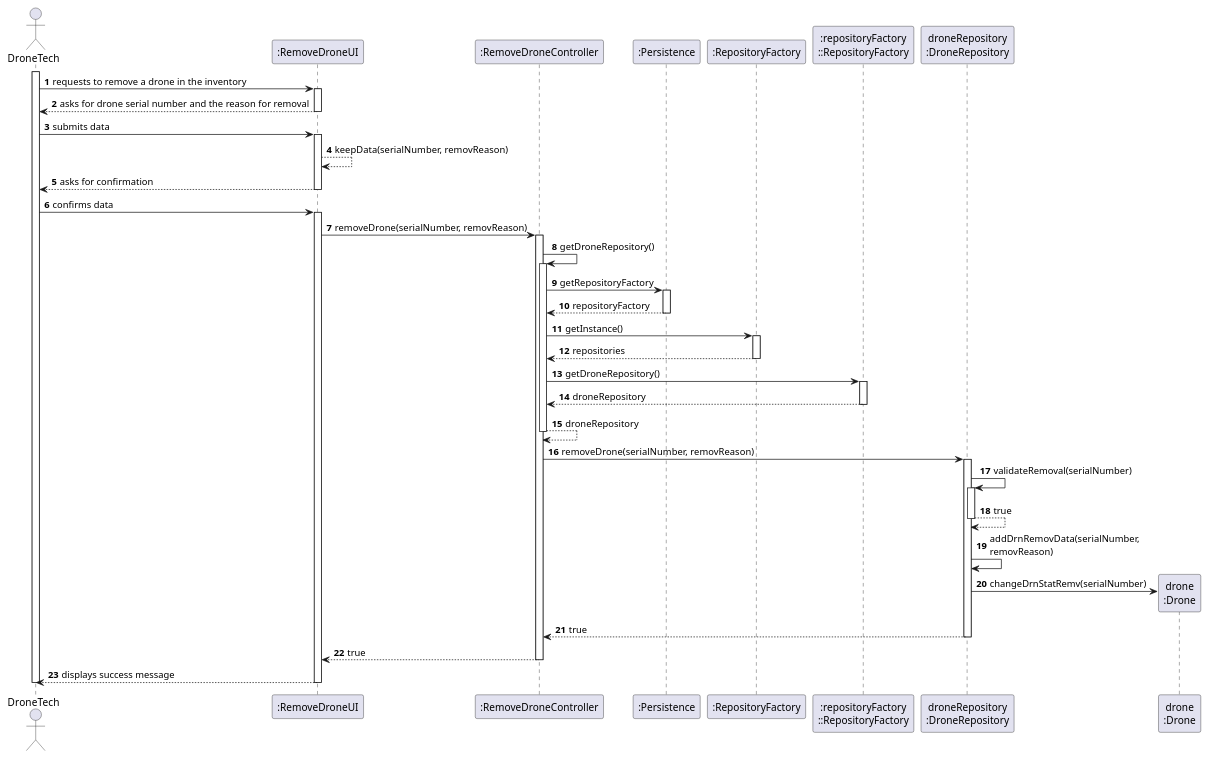
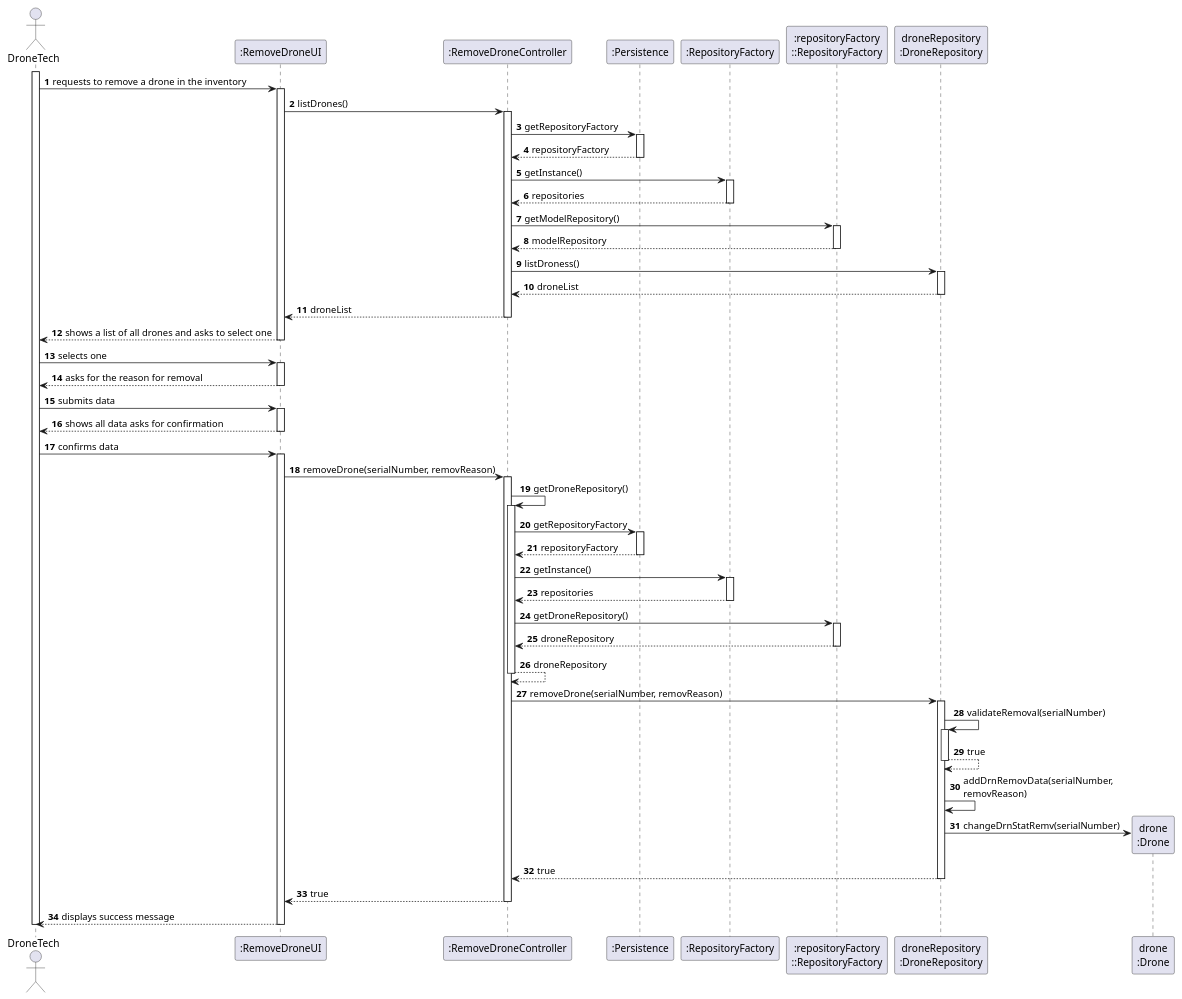
The diagram in docs/SPRINT_2/US242/puml/sequence_diagram_us242.puml (diogoveirospro/sem4pi-2024-2025-sem4pi_2024_2025_g44), drawn with PlantUML before and after one commit. The commit also changed 20 other files, not shown here.

```diff
--- a/docs/SPRINT_2/US242/puml/sequence_diagram_us242.puml
+++ b/docs/SPRINT_2/US242/puml/sequence_diagram_us242.puml
@@ -1,74 +1,105 @@
 @startuml
 'skinparam monochrome
 
 skinparam packageStyle rectangle
 skinparam shadowing false
 
 autonumber
 
 actor "DroneTech" as DT
 participant ":RemoveDroneUI" as UI
 participant ":RemoveDroneController" as CTRL
 participant ":Persistence" as PERS
 participant ":RepositoryFactory" as REPOS
 participant ":repositoryFactory\n::RepositoryFactory" as REPOS_SINGLETON
 participant "droneRepository\n:DroneRepository" as DRN_REPO
 participant "drone\n:Drone" as DRN
 
 activate DT
 
 DT -> UI : requests to remove a drone in the inventory
 activate UI
-    UI --> DT : asks for drone serial number and the reason for removal
+UI -> CTRL : listDrones()
+    activate CTRL
+            CTRL -> PERS : getRepositoryFactory
+                                        activate PERS
+                                        PERS --> CTRL : repositoryFactory
+                                        deactivate PERS
+            CTRL -> REPOS : getInstance()
+            activate REPOS
+                REPOS --> CTRL : repositories
+            deactivate REPOS
+
+            CTRL -> REPOS_SINGLETON : getModelRepository()
+            activate REPOS_SINGLETON
+                REPOS_SINGLETON --> CTRL : modelRepository
+            deactivate REPOS_SINGLETON
+
+    CTRL -> DRN_REPO : listDroness()
+    activate DRN_REPO
+
+
+
+    DRN_REPO --> CTRL : droneList
+    deactivate DRN_REPO
+    CTRL --> UI : droneList
+    deactivate CTRL
+    UI --> DT : shows a list of all drones and asks to select one
+        deactivate UI
+
+        DT -> UI : selects one
+        activate UI
+
+    UI --> DT : asks for the reason for removal
     deactivate UI
+
     DT -> UI : submits data
     activate UI
-    UI --> UI : keepData(serialNumber, removReason)
-    UI --> DT : asks for confirmation
+    UI --> DT : shows all data asks for confirmation
     deactivate UI
     DT -> UI : confirms data
     activate UI
     UI -> CTRL : removeDrone(serialNumber, removReason)
     activate CTRL
         CTRL -> CTRL :getDroneRepository()
         activate CTRL
         CTRL -> PERS : getRepositoryFactory
                                     activate PERS
                                     PERS --> CTRL : repositoryFactory
                                     deactivate PERS
         CTRL -> REPOS : getInstance()
         activate REPOS
             REPOS --> CTRL : repositories
         deactivate REPOS
 
         CTRL -> REPOS_SINGLETON : getDroneRepository()
         activate REPOS_SINGLETON
             REPOS_SINGLETON --> CTRL : droneRepository
         deactivate REPOS_SINGLETON
         CTRL --> CTRL : droneRepository
 
         deactivate CTRL
             CTRL -> DRN_REPO : removeDrone(serialNumber, removReason)
             activate DRN_REPO
 
 
                     DRN_REPO -> DRN_REPO: validateRemoval(serialNumber)
                     activate DRN_REPO
                         DRN_REPO --> DRN_REPO : true
                     deactivate DRN_REPO
 
         DRN_REPO -> DRN_REPO : addDrnRemovData(serialNumber, \nremovReason)
         DRN_REPO -> DRN** : changeDrnStatRemv(serialNumber)
                     DRN_REPO --> CTRL : true
 
         deactivate DRN_REPO
 
         CTRL --> UI : true
 
     deactivate CTRL
 
 UI --> DT : displays success message
 deactivate UI
 deactivate DT
 
 @enduml
```
